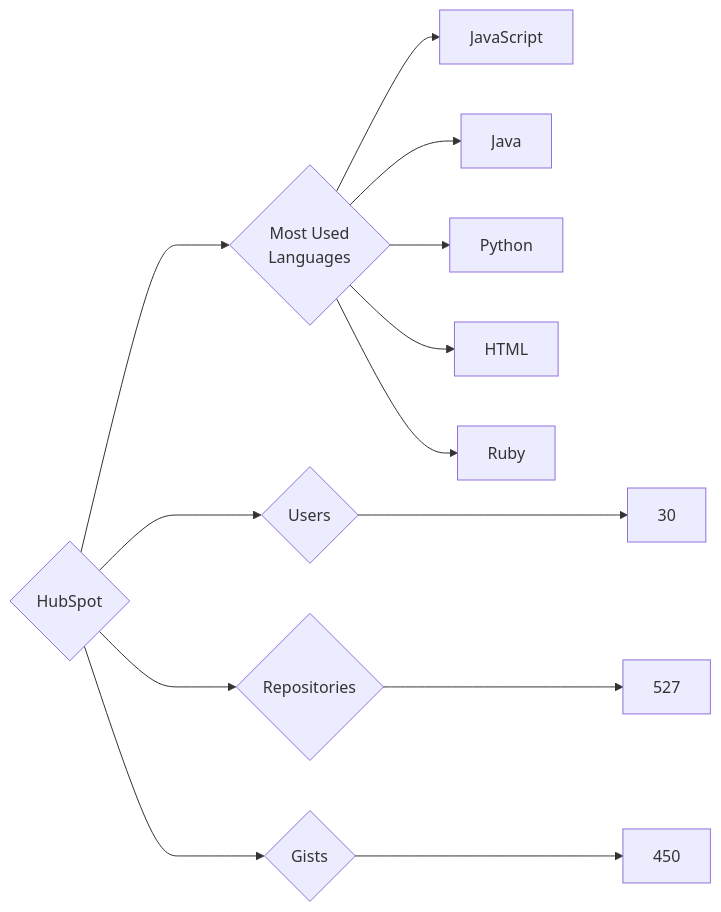
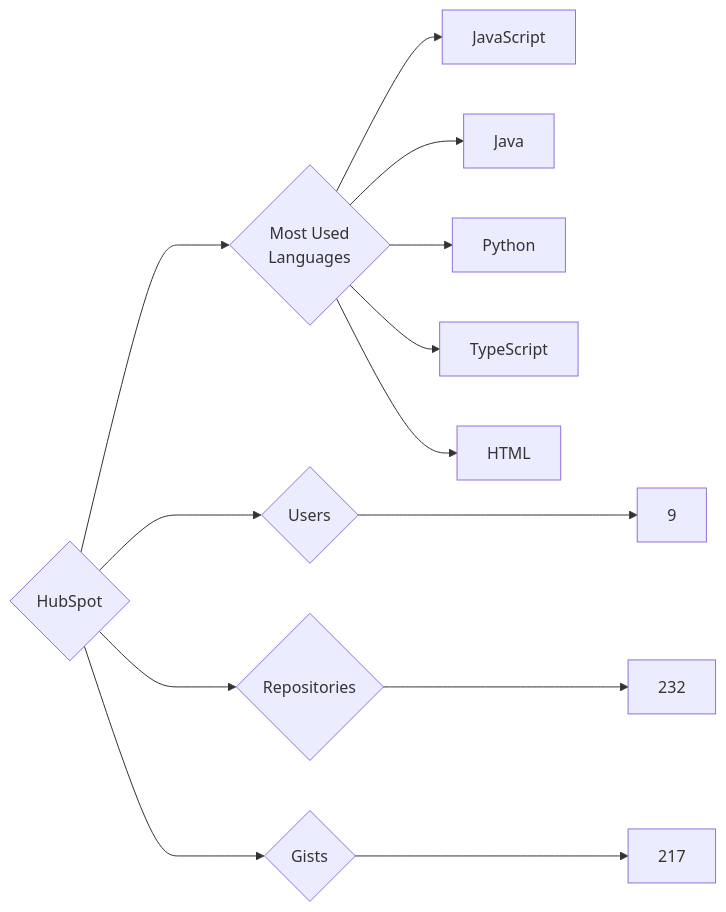
The diagram in targets/HubSpot/README.md (trickest/insiders), drawn with Mermaid before and after one commit. The commit also changed 681 other files, not shown here.

````diff
--- a/targets/HubSpot/README.md
+++ b/targets/HubSpot/README.md
@@ -3,13 +3,13 @@
 ```mermaid
 graph LR
 COMPANY_NAME{HubSpot}
-COMPANY_NAME ---> U{Users} ---> UN[30]
-COMPANY_NAME ---> R{Repositories} ---> RN[527]
-COMPANY_NAME ---> G{Gists} ---> GN[450]
+COMPANY_NAME ---> U{Users} ---> UN[9]
+COMPANY_NAME ---> R{Repositories} ---> RN[232]
+COMPANY_NAME ---> G{Gists} ---> GN[217]
 COMPANY_NAME ---> ML{Most Used<br>Languages}
 ML --> JavaScript[JavaScript]
 ML --> Java[Java]
 ML --> Python[Python]
+ML --> TypeScript[TypeScript]
 ML --> HTML[HTML]
-ML --> Ruby[Ruby]
 ```
````
